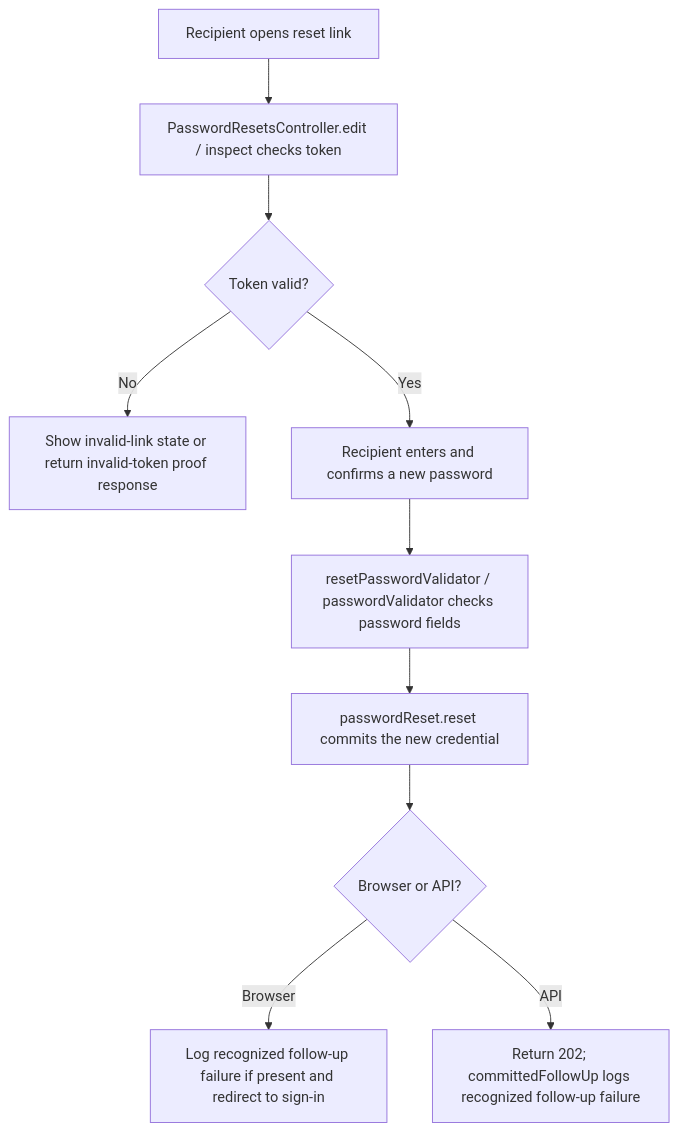
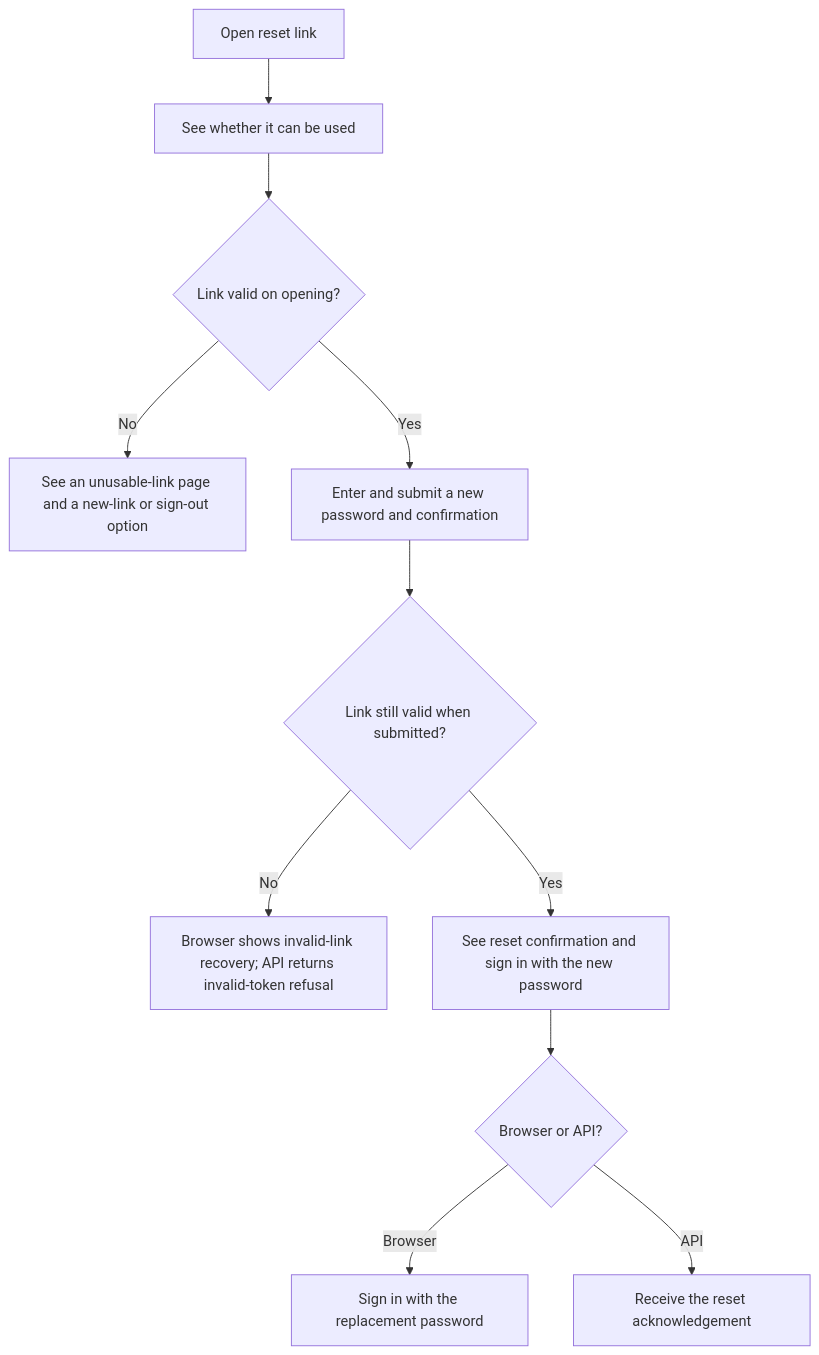
One commit to Kevinjohn/oss-adonisjs-starter-examples changed the first of 2 diagrams in user-stories/accounts/us-account-09-complete-password-reset.md. Above: the diagram before and after it, drawn with Mermaid. The commit also changed other lines of this file and 29 other files, not shown here.

````diff
--- a/user-stories/accounts/us-account-09-complete-password-reset.md
+++ b/user-stories/accounts/us-account-09-complete-password-reset.md
@@ -27,12 +28,13 @@
 ```mermaid
 flowchart TD
-    A["Recipient opens reset link"] --> B["PasswordResetsController.edit / inspect checks token"]
-    B --> C{"Token valid?"}
-    C -->|No| D["Show invalid-link state or return invalid-token proof response"]
-    C -->|Yes| E["Recipient enters and confirms a new password"]
-    E --> F["resetPasswordValidator / passwordValidator checks password fields"]
-    F --> G["passwordReset.reset commits the new credential"]
-    G --> H{"Browser or API?"}
-    H -->|Browser| I["Log recognized follow-up failure if present and redirect to sign-in"]
-    H -->|API| J["Return 202; committedFollowUp logs recognized follow-up failure"]
+    A["Open reset link"] --> B["See whether it can be used"]
+    B --> C{"Link valid on opening?"}
+    C -->|No| D["See an unusable-link page and a new-link or sign-out option"]
+    C -->|Yes| E["Enter and submit a new password and confirmation"]
+    E --> F{"Link still valid when submitted?"}
+    F -->|No| G["Browser shows invalid-link recovery; API returns invalid-token refusal"]
+    F -->|Yes| H["See reset confirmation and sign in with the new password"]
+    H --> I{"Browser or API?"}
+    I -->|Browser| J["Sign in with the replacement password"]
+    I -->|API| K["Receive the reset acknowledgement"]
 ```
````
